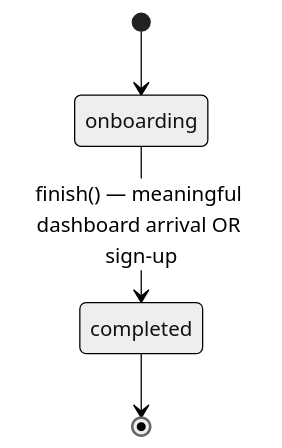
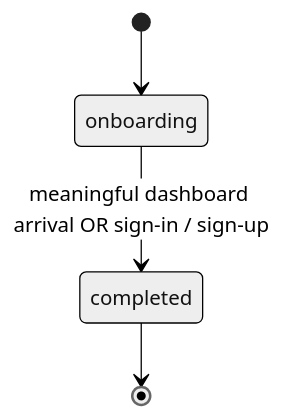
Before and after one commit to liverty-music/specification: the diagram in openspec/specs/stories/complete-onboarding/spec.md, drawn with Mermaid (neutral theme). The commit also changed other lines of this file and 27 other files, not shown here.

````diff
--- a/openspec/specs/stories/complete-onboarding/spec.md
+++ b/openspec/specs/stories/complete-onboarding/spec.md
@@ -149,6 +18,6 @@
 ```mermaid
 stateDiagram-v2
     [*] --> onboarding
-    onboarding --> completed : finish() — meaningful dashboard arrival OR sign-up
+    onboarding --> completed : meaningful dashboard arrival OR sign-in / sign-up
     completed --> [*]
 ```
````
